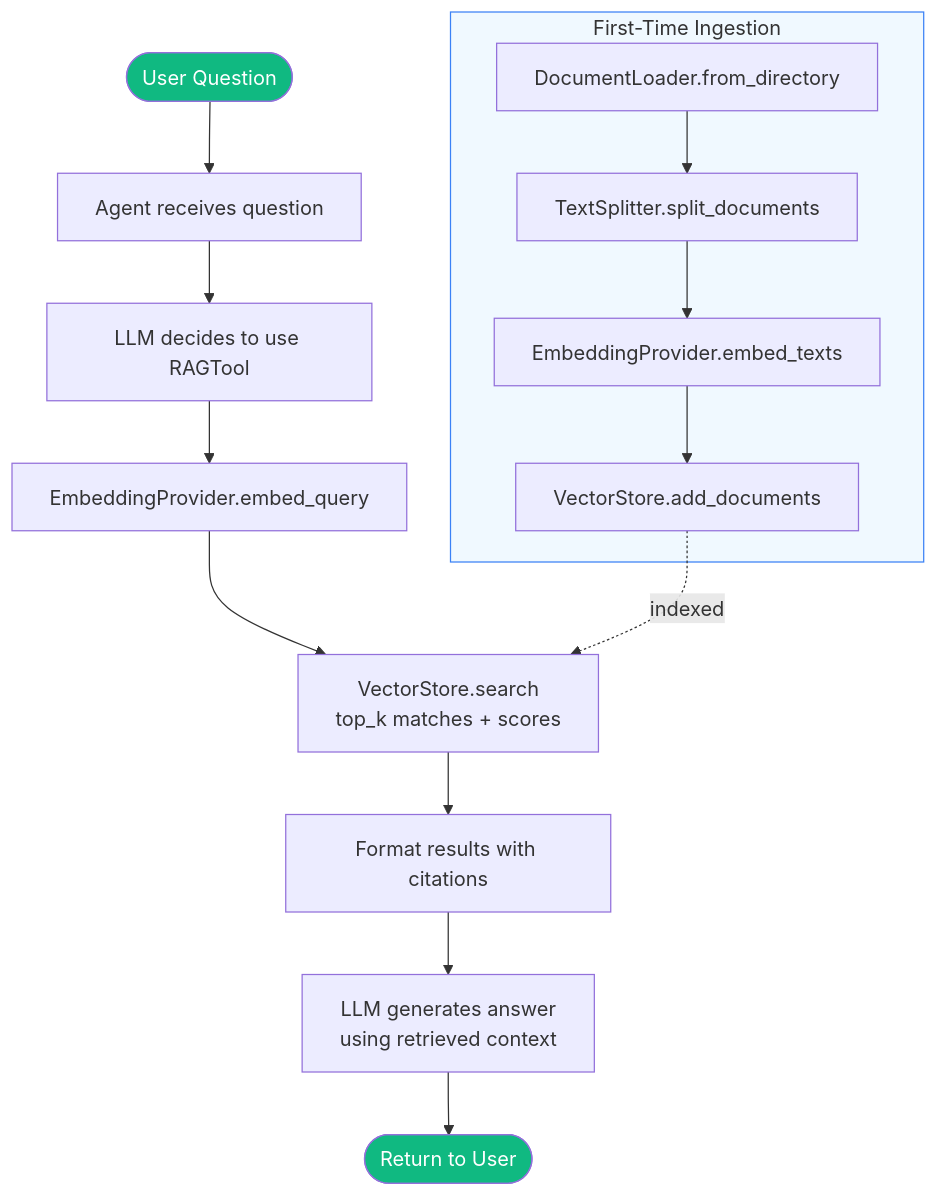
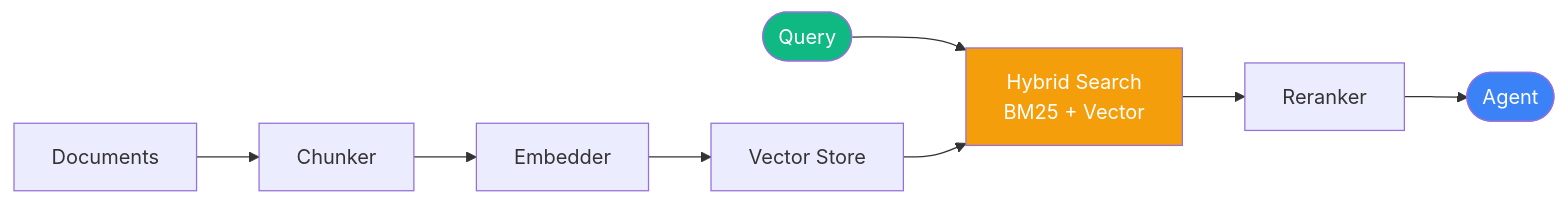
Before and after one commit to johnnichev/selectools: the fourth of 9 diagrams in docs/ARCHITECTURE.md, drawn with Mermaid. The commit also changed other lines of this file, not shown here.

Commit message:
fix(docs): simplify all Mermaid diagrams to max 9 nodes each

````diff
--- a/docs/ARCHITECTURE.md
+++ b/docs/ARCHITECTURE.md
@@ -436,22 +345,10 @@
 ```mermaid
-flowchart TD
-    subgraph Setup["First-Time Ingestion"]
-        S1["DocumentLoader.from_directory"] --> S2["TextSplitter.split_documents"]
-        S2 --> S3["EmbeddingProvider.embed_texts"]
-        S3 --> S4["VectorStore.add_documents"]
-    end
+flowchart LR
+    Docs[Documents] --> Chunk[Chunker] --> Embed[Embedder] --> Store[Vector Store]
+    Query([Query]) --> Search[Hybrid Search\nBM25 + Vector]
+    Store --> Search --> Rerank[Reranker] --> Agent([Agent])
 
-    A([User Question]) --> B[Agent receives question]
-    B --> C[LLM decides to use RAGTool]
-    C --> D["EmbeddingProvider.embed_query"]
-    D --> E["VectorStore.search<br/>top_k matches + scores"]
-    E --> F[Format results with citations]
-    F --> G[LLM generates answer<br/>using retrieved context]
-    G --> H([Return to User])
-
-    S4 -.->|indexed| E
-
-    style A fill:#10b981,color:#fff
-    style H fill:#10b981,color:#fff
-    style Setup fill:#f0f9ff,stroke:#3b82f6
+    style Query fill:#10b981,color:#fff
+    style Agent fill:#3b82f6,color:#fff
+    style Search fill:#f59e0b,color:#fff
 ```
````
